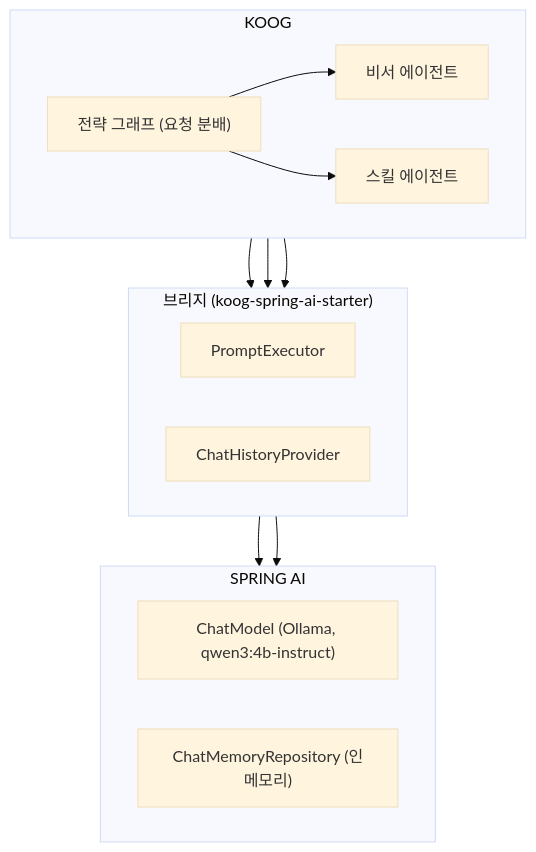
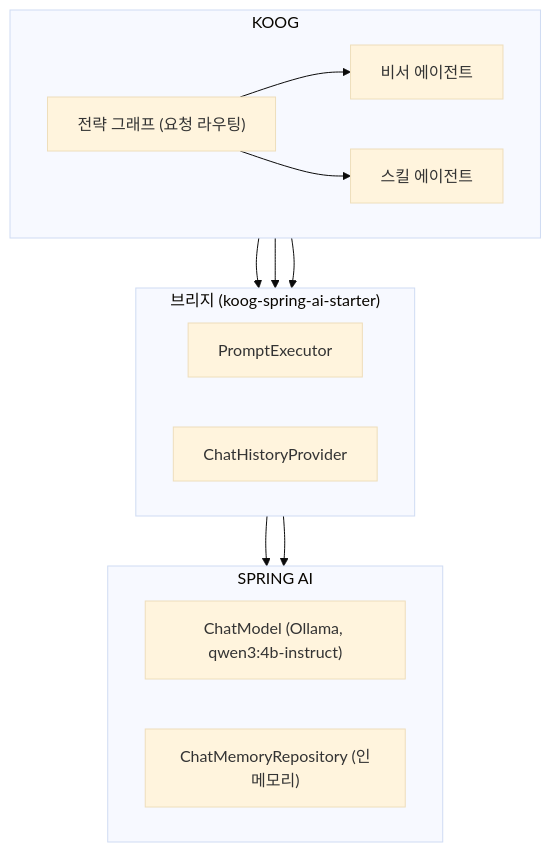
Before and after one commit to devjune/ai-study: the first of 2 diagrams in demo-phase3/docs/Koog 세미나.md, drawn with Mermaid (base theme).

Commit message:
docs(demo-phase3): Koog 세미나.md 층 그림의 전략 상자 이름을 요청 라우팅으로
Claude-Session: https://claude.ai/code/session_01EuQWNfhXexEBDs2vnTj3cx

````diff
--- a/demo-phase3/docs/Koog 세미나.md
+++ b/demo-phase3/docs/Koog 세미나.md
@@ -75,21 +75,21 @@
 ```mermaid
 flowchart TB
     subgraph K["KOOG"]
         direction LR
-        D["전략 그래프 (요청 분배)"] --> A["비서 에이전트"]
+        D["전략 그래프 (요청 라우팅)"] --> A["비서 에이전트"]
         D --> SK["스킬 에이전트"]
     end
     subgraph B["브리지 (koog-spring-ai-starter)"]
         direction LR
         PE["PromptExecutor"]
         HP["ChatHistoryProvider"]
     end
     subgraph SA["SPRING AI"]
         direction LR
         CM["ChatModel (Ollama, qwen3:4b-instruct)"]
         MR["ChatMemoryRepository (인메모리)"]
     end
     A --> PE --> CM
     A --> HP --> MR
     SK --> PE
 ```
````
